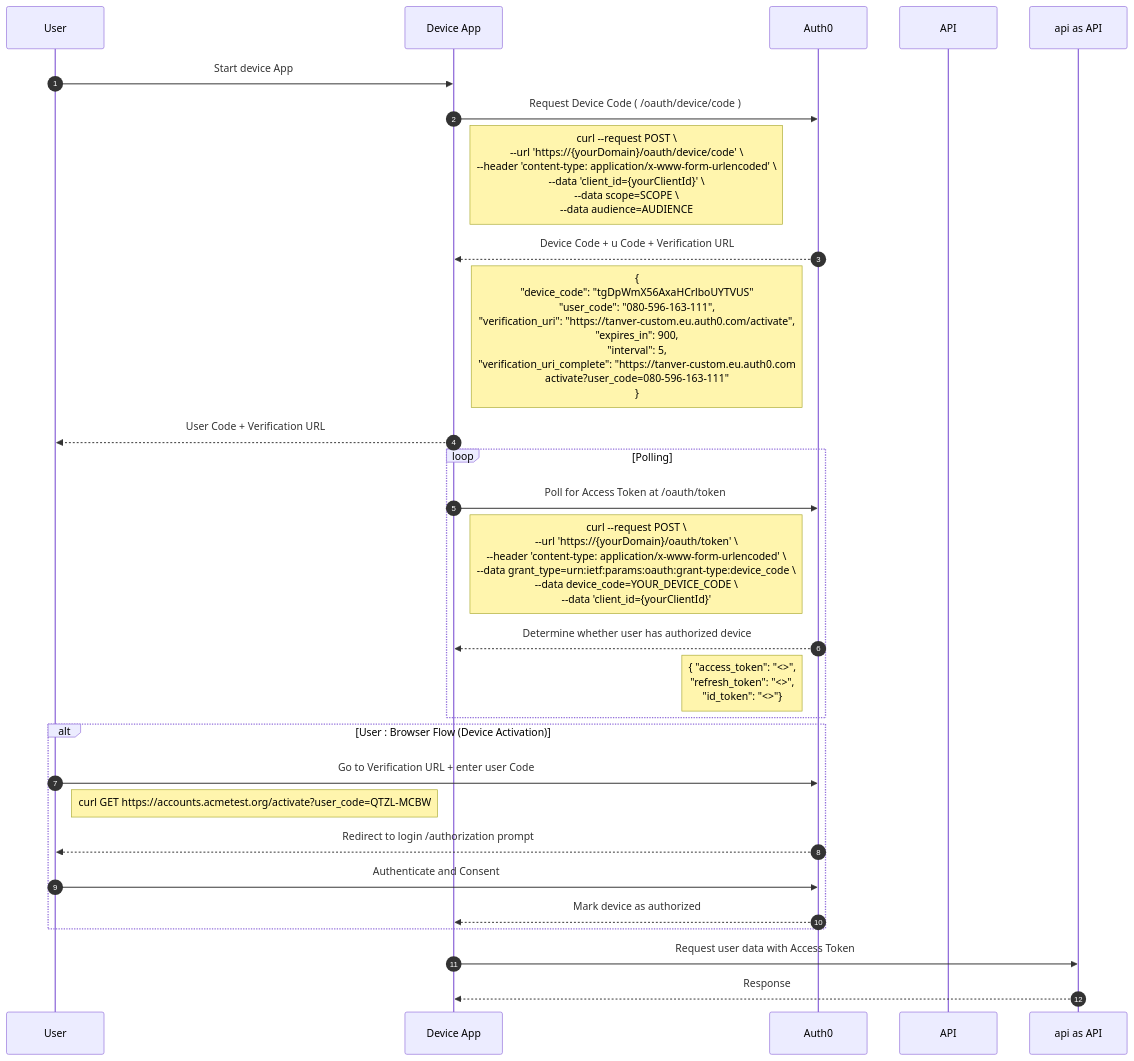
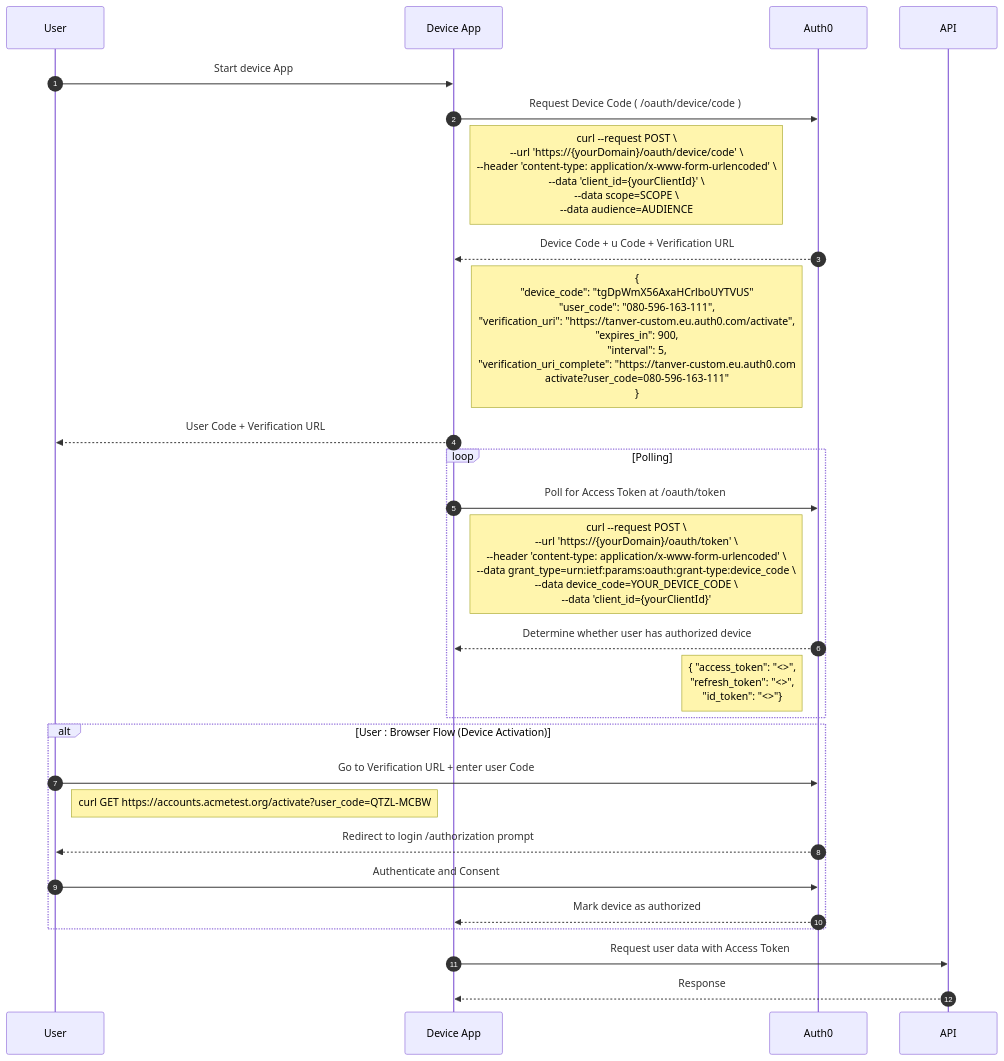
Before and after one commit to Tanver-Hasan/oauth2.0-flows-: the diagram in device_flow.md, drawn with Mermaid. The commit also changed other lines of this file, not shown here.

````diff
--- a/device_flow.md
+++ b/device_flow.md
@@ -5,35 +7,35 @@
 ```mermaid 
 
 sequenceDiagram
     autonumber
     participant u as User
     participant da as Device App
     participant a0 as Auth0
     participant api as API
 
     u ->> da: Start device App
     da ->> a0: Request Device Code ( /oauth/device/code ) 
     note right of da : curl --request POST \ <br/> --url 'https://{yourDomain}/oauth/device/code' \<br/> --header 'content-type: application/x-www-form-urlencoded' \<br/> --data 'client_id={yourClientId}' \<br/> --data scope=SCOPE \<br/> --data audience=AUDIENCE
     a0 -->> da: Device Code + u Code + Verification URL
     note left of a0: { <br/> "device_code": "tgDpWmX56AxaHCrlboUYTVUS" <br/>"user_code": "080-596-163-111",<br/> "verification_uri": "https://tanver-custom.eu.auth0.com/activate",<br/>"expires_in": 900,<br/> "interval": 5,<br/>"verification_uri_complete": "https://tanver-custom.eu.auth0.com<br/>activate?user_code=080-596-163-111"<br/>}
     da -->> u:  User Code + Verification URL
 
     loop Polling
         da ->> a0: Poll for Access Token at /oauth/token
         note right of da: curl --request POST \<br/>--url 'https://{yourDomain}/oauth/token' \<br/>--header 'content-type: application/x-www-form-urlencoded' \<br/>--data grant_type=urn:ietf:params:oauth:grant-type:device_code \<br/> --data device_code=YOUR_DEVICE_CODE \<br/>--data 'client_id={yourClientId}'
         a0 -->> da: Determine whether user has authorized device
         note left of a0:  { "access_token": "<>",<br/>"refresh_token": "<>",<br/>"id_token": "<>"}
     end
 
     alt User : Browser Flow (Device Activation)
     u ->> a0: Go to Verification URL + enter user Code
     note right of u: curl GET https://accounts.acmetest.org/activate?user_code=QTZL-MCBW
     a0 -->> u: Redirect to login /authorization prompt
     u ->> a0: Authenticate and Consent
     a0 -->> da: Mark device as authorized
     end
 
 
-    da ->> api as API: Request user data with Access Token
-    api as API -->> da: Response
+    da ->> api: Request user data with Access Token
+    api -->> da: Response
 ```
````
